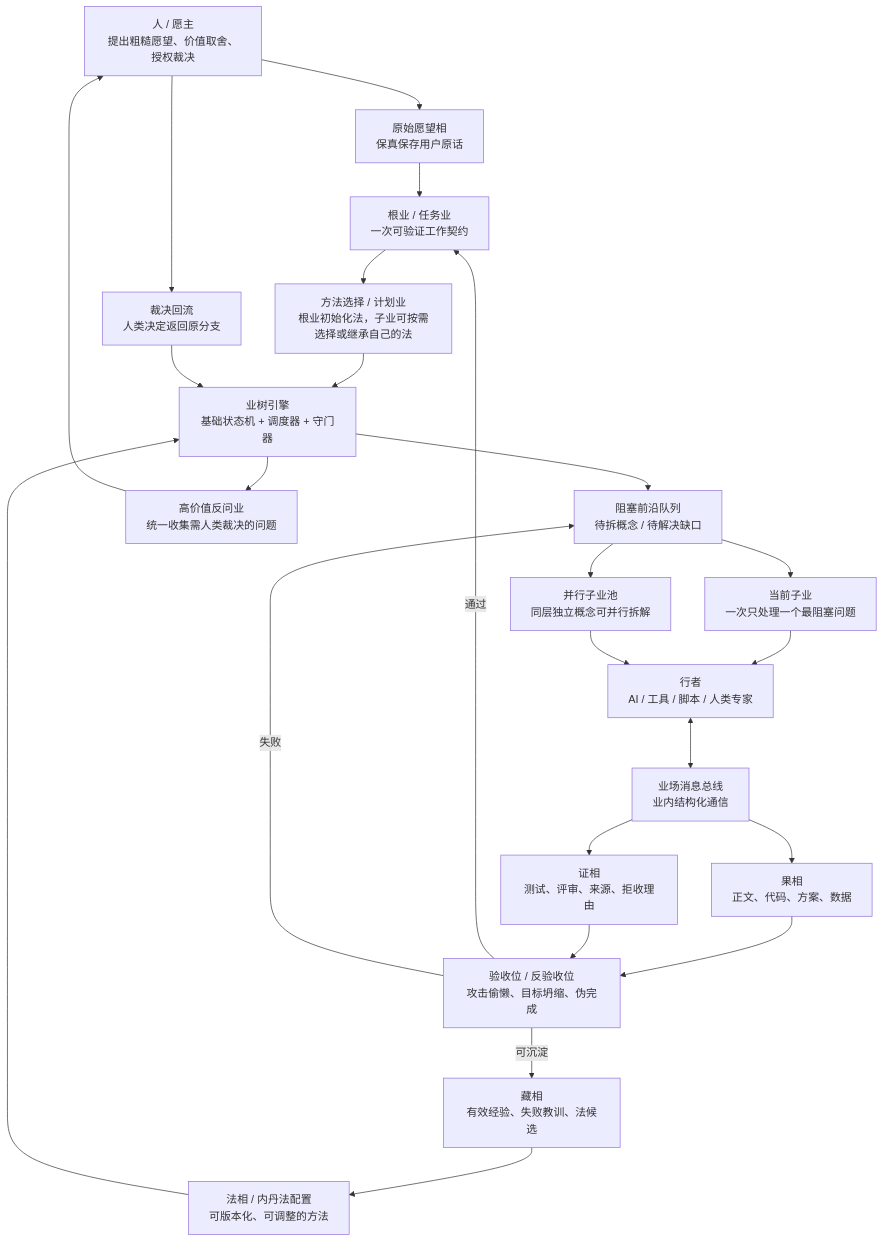
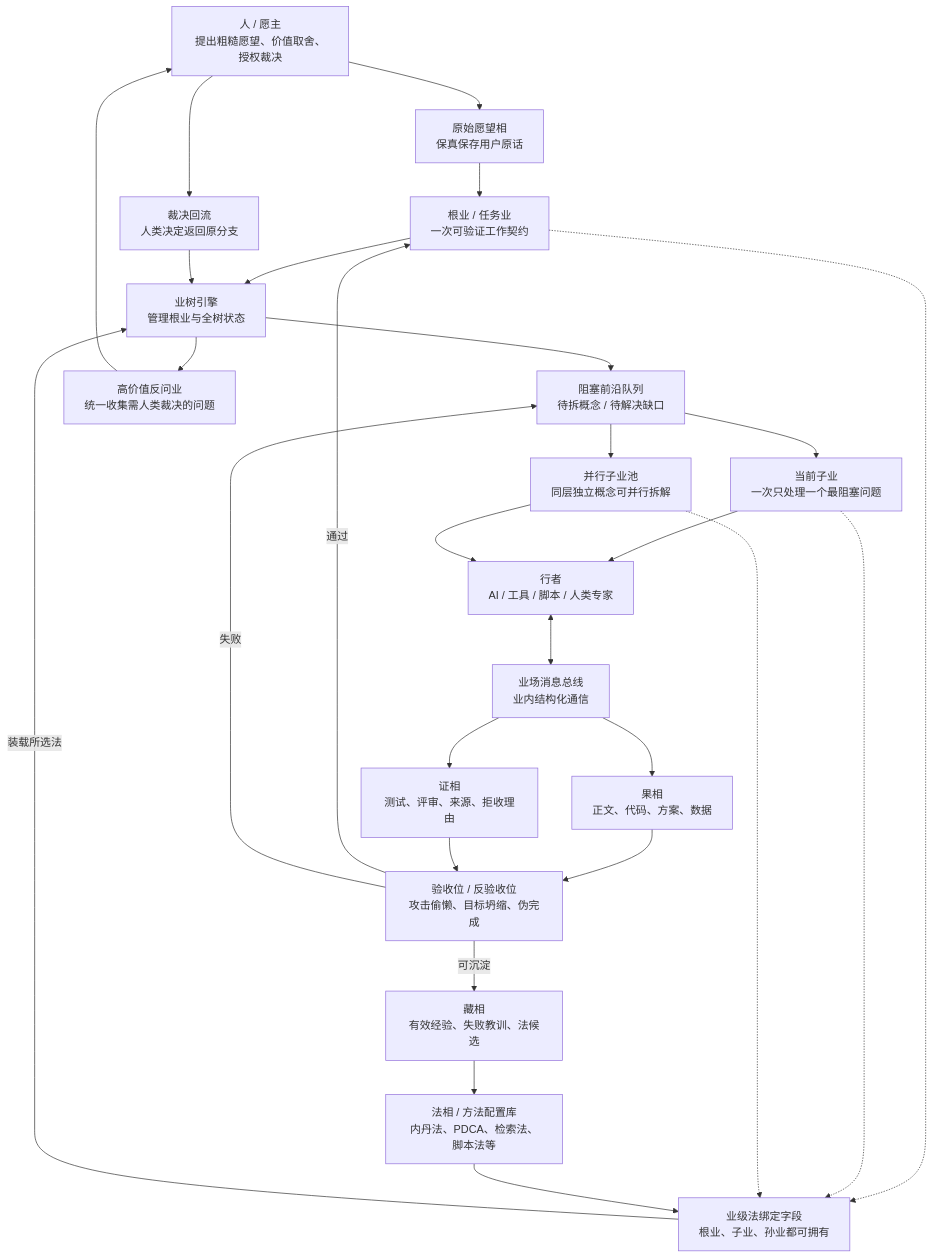
Before and after one commit to tiachuaxiyashua/jingu: the first of 3 diagrams in truth/临时讨论-相业架构业引擎图文说明.md, drawn with Mermaid. The commit also changed other lines of this file, not shown here.

Commit message:
Refresh engine diagram consistency

````diff
--- a/truth/临时讨论-相业架构业引擎图文说明.md
+++ b/truth/临时讨论-相业架构业引擎图文说明.md
@@ -27,42 +27,46 @@
 ```mermaid
 flowchart TD
     H[人 / 愿主<br/>提出粗糙愿望、价值取舍、授权裁决]
 
     W[原始愿望相<br/>保真保存用户原话]
     Y[根业 / 任务业<br/>一次可验证工作契约]
-    P[方法选择 / 计划业<br/>根业初始化法，子业可按需选择或继承自己的法]
-    M[法相 / 内丹法配置<br/>可版本化、可调整的方法]
-    E[业树引擎<br/>基础状态机 + 调度器 + 守门器]
+    P[业级法绑定字段<br/>根业、子业、孙业都可拥有]
+    M[法相 / 方法配置库<br/>内丹法、PDCA、检索法、脚本法等]
+    E[业树引擎<br/>管理根业与全树状态]
     FQ[阻塞前沿队列<br/>待拆概念 / 待解决缺口]
     HV[高价值反问业<br/>统一收集需人类裁决的问题]
     HR[裁决回流<br/>人类决定返回原分支]
 
     CY[当前子业<br/>一次只处理一个最阻塞问题]
     CP[并行子业池<br/>同层独立概念可并行拆解]
     XZ[行者<br/>AI / 工具 / 脚本 / 人类专家]
     FIELD[业场消息总线<br/>业内结构化通信]
     ART[果相<br/>正文、代码、方案、数据]
     EV[证相<br/>测试、评审、来源、拒收理由]
     V[验收位 / 反验收位<br/>攻击偷懒、目标坍缩、伪完成]
     CANG[藏相<br/>有效经验、失败教训、法候选]
 
     H --> W --> Y
-    Y --> P --> E
-    M --> E
+    Y --> E
+    Y -.-> P
+    CY -.-> P
+    CP -.-> P
+    M --> P
+    P -->|装载所选法| E
     E --> FQ
     FQ --> CY
     FQ --> CP
     CY --> XZ
     CP --> XZ
     XZ <--> FIELD
     FIELD --> ART
     FIELD --> EV
     ART --> V
     EV --> V
     V -->|通过| Y
     V -->|失败| FQ
     E --> HV --> H
     H --> HR --> E
     V -->|可沉淀| CANG
     CANG --> M
 ```
````
